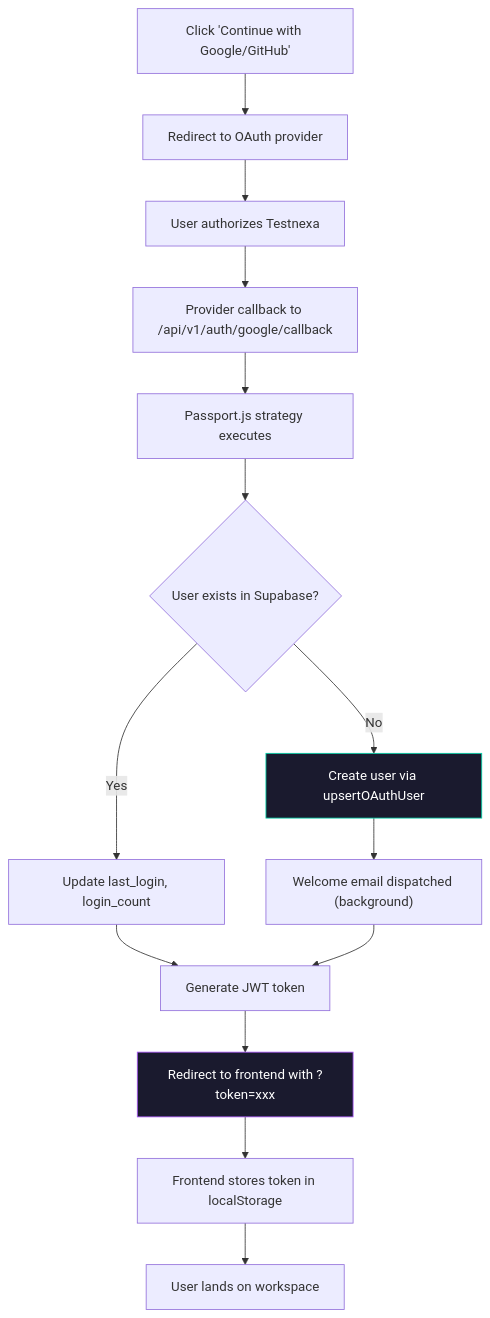
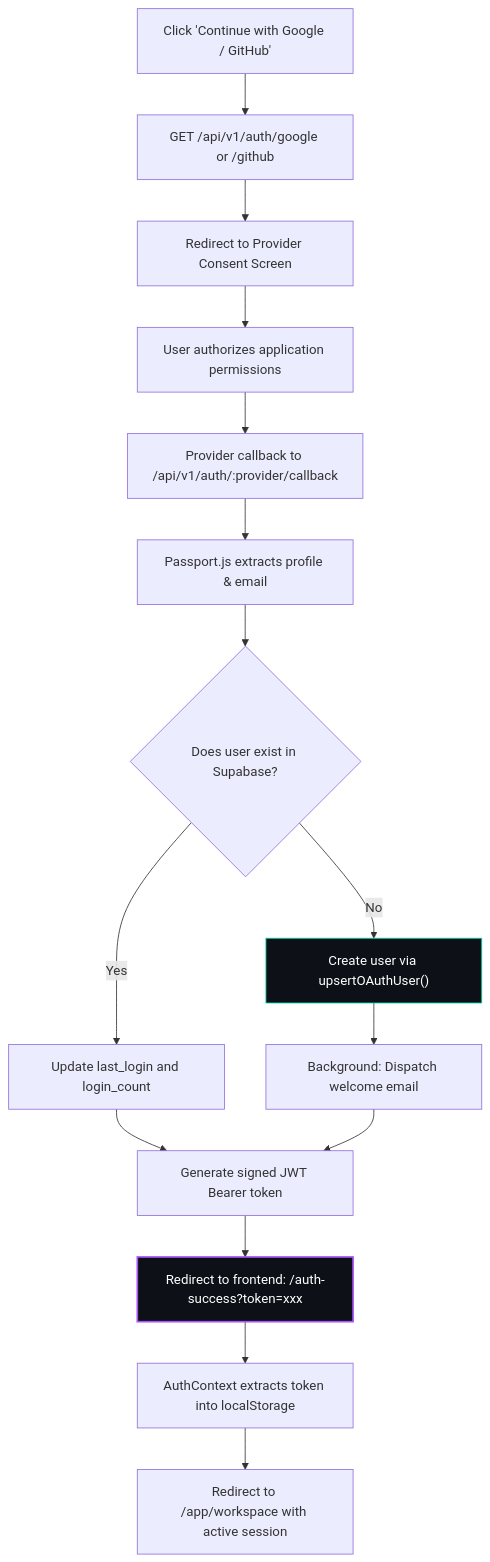
The third of 11 diagrams in docs/USER_FLOWS.md (KISHOR403/Testnexa-Ai), drawn with Mermaid before and after one commit. The commit also changed other lines of this file and 2 other files, not shown here.

````diff
--- a/docs/USER_FLOWS.md
+++ b/docs/USER_FLOWS.md
@@ -55,19 +83,20 @@
 ```mermaid
 flowchart TD
-    A["Click 'Continue with Google/GitHub'"] --> B["Redirect to OAuth provider"]
-    B --> C["User authorizes Testnexa"]
-    C --> D["Provider callback to /api/v1/auth/google/callback"]
-    D --> E["Passport.js strategy executes"]
-    E --> F{"User exists in Supabase?"}
-    F -->|No| G["Create user via upsertOAuthUser"]
-    F -->|Yes| H["Update last_login, login_count"]
-    G --> I["Welcome email dispatched (background)"]
-    H --> J["Generate JWT token"]
-    I --> J
-    J --> K["Redirect to frontend with ?token=xxx"]
-    K --> L["Frontend stores token in localStorage"]
-    L --> M["User lands on workspace"]
+    A["Click 'Continue with Google / GitHub'"] --> B["GET /api/v1/auth/google or /github"]
+    B --> C["Redirect to Provider Consent Screen"]
+    C --> D["User authorizes application permissions"]
+    D --> E["Provider callback to /api/v1/auth/:provider/callback"]
+    E --> F["Passport.js extracts profile & email"]
+    F --> G{"Does user exist in Supabase?"}
+    G -->|No| H["Create user via upsertOAuthUser()"]
+    G -->|Yes| I["Update last_login and login_count"]
+    H --> J["Background: Dispatch welcome email"]
+    I --> K["Generate signed JWT Bearer token"]
+    J --> K
+    K --> L["Redirect to frontend: /auth-success?token=xxx"]
+    L --> M["AuthContext extracts token into localStorage"]
+    M --> N["Redirect to /app/workspace with active session"]
     
-    style G fill:#1a1a2e,stroke:#00d4aa,color:#fff
-    style K fill:#1a1a2e,stroke:#a855f7,color:#fff
+    style H fill:#0d1117,stroke:#00d4aa,color:#fff
+    style L fill:#0d1117,stroke:#a855f7,stroke-width:2px,color:#fff
 ```
````
